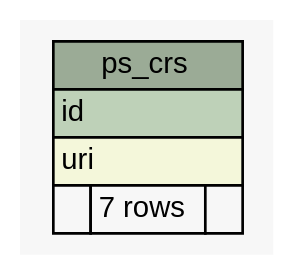
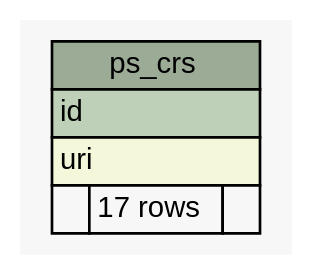
One commit to kalxas/rasdaman changed the diagram in manuals_and_examples/manuals/doc-petascope/dbschema/schema/diagrams/summary/ps_crs.1degree.dot. Above: the diagram before and after it, drawn with Graphviz. The commit also changed 173 other files, not shown here.

Commit message:
ticket:567 - Update SchemaSpy documentation to include petascopedb updates #9 to #13.

```diff
--- a/manuals_and_examples/manuals/doc-petascope/dbschema/schema/diagrams/summary/ps_crs.1degree.dot
+++ b/manuals_and_examples/manuals/doc-petascope/dbschema/schema/diagrams/summary/ps_crs.1degree.dot
@@ -1,31 +1,31 @@
-// dot 2.26.3 on Linux 3.2.0-58-generic
+// dot 2.26.3 on Linux 3.2.0-65-generic
 // SchemaSpy rev 590
 digraph "ps_crs" {
   graph [
     rankdir="RL"
     bgcolor="#f7f7f7"
     nodesep="0.18"
     ranksep="0.46"
     fontname="Helvetica"
     fontsize="11"
   ];
   node [
     fontname="Helvetica"
     fontsize="11"
     shape="plaintext"
   ];
   edge [
     arrowsize="0.8"
   ];
   "ps_crs" [
     label=<
     <TABLE BORDER="0" CELLBORDER="1" CELLSPACING="0" BGCOLOR="#ffffff">
       <TR><TD COLSPAN="3" BGCOLOR="#9bab96" ALIGN="CENTER">ps_crs</TD></TR>
       <TR><TD PORT="id" COLSPAN="3" BGCOLOR="#bed1b8" ALIGN="LEFT">id</TD></TR>
       <TR><TD PORT="uri" COLSPAN="3" BGCOLOR="#f4f7da" ALIGN="LEFT">uri</TD></TR>
-      <TR><TD ALIGN="LEFT" BGCOLOR="#f7f7f7">  </TD><TD ALIGN="RIGHT" BGCOLOR="#f7f7f7">7 rows</TD><TD ALIGN="RIGHT" BGCOLOR="#f7f7f7">  </TD></TR>
+      <TR><TD ALIGN="LEFT" BGCOLOR="#f7f7f7">  </TD><TD ALIGN="RIGHT" BGCOLOR="#f7f7f7">17 rows</TD><TD ALIGN="RIGHT" BGCOLOR="#f7f7f7">  </TD></TR>
     </TABLE>>
     URL="tables/ps_crs.html"
     tooltip="ps_crs"
   ];
 }
```
